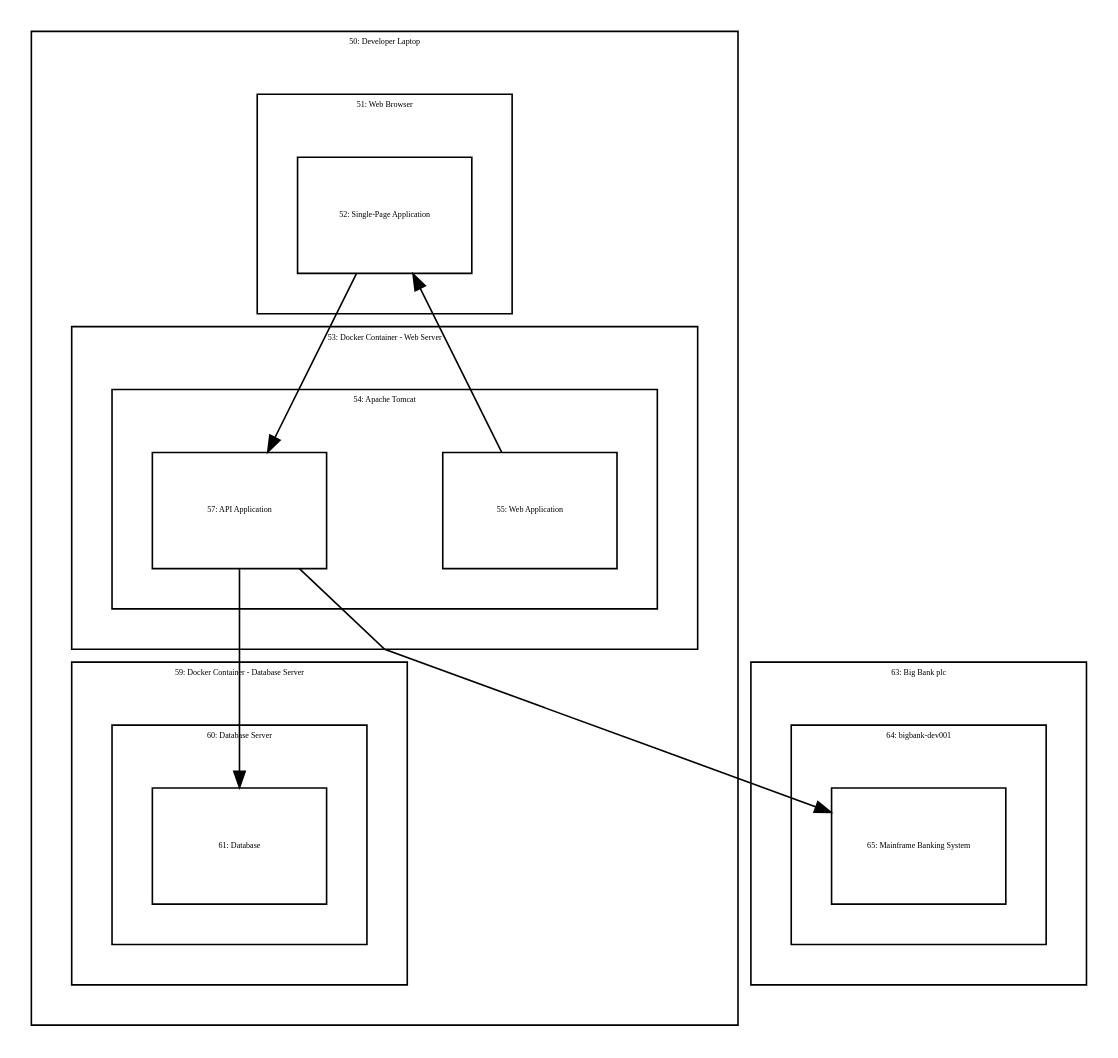
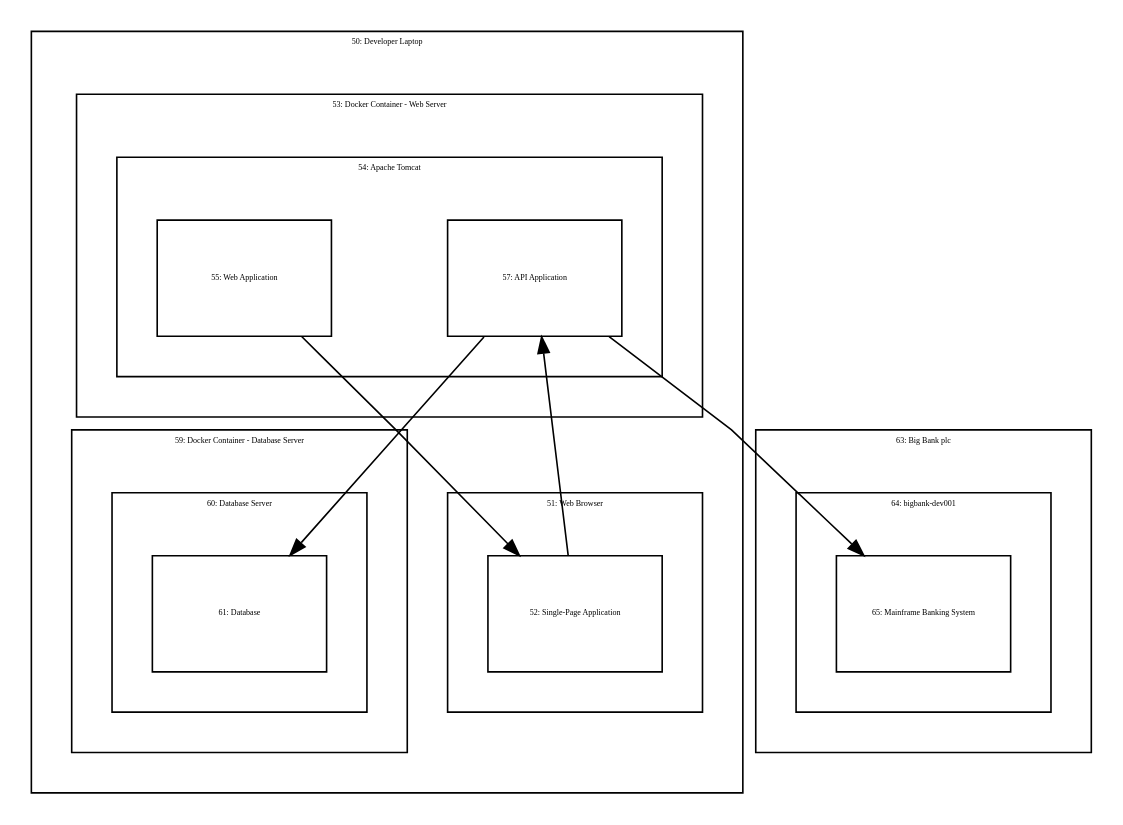
One commit to dwhelan/c4-big-bank-plc changed the diagram in graphviz/DevelopmentDeployment.dot. Above: the diagram before and after it, drawn with Graphviz. The commit also changed other lines of this file and 15 other files, not shown here.

```diff
--- a/graphviz/DevelopmentDeployment.dot
+++ b/graphviz/DevelopmentDeployment.dot
@@ -1,49 +1,49 @@
 digraph {
   compound=true
   graph [splines=polyline,rankdir=TB,ranksep=1.0,nodesep=1.0,fontsize=5]
   node [shape=box,fontsize=5]
   edge []
 
 subgraph cluster_50 {
   margin=25
   label="50: Developer Laptop"
+  subgraph cluster_53 {
+    margin=25
+    label="53: Docker Container - Web Server"
+    subgraph cluster_54 {
+      margin=25
+      label="54: Apache Tomcat"
+      57 [width=1.500000,height=1.000000,fixedsize=true,id=57,label="57: API Application"]
+      55 [width=1.500000,height=1.000000,fixedsize=true,id=55,label="55: Web Application"]
+    }
+  }
   subgraph cluster_51 {
     margin=25
     label="51: Web Browser"
     52 [width=1.500000,height=1.000000,fixedsize=true,id=52,label="52: Single-Page Application"]
   }
   subgraph cluster_59 {
     margin=25
     label="59: Docker Container - Database Server"
     subgraph cluster_60 {
       margin=25
       label="60: Database Server"
       61 [width=1.500000,height=1.000000,fixedsize=true,id=61,label="61: Database"]
-    }
-  }
-  subgraph cluster_53 {
-    margin=25
-    label="53: Docker Container - Web Server"
-    subgraph cluster_54 {
-      margin=25
-      label="54: Apache Tomcat"
-      55 [width=1.500000,height=1.000000,fixedsize=true,id=55,label="55: Web Application"]
-      57 [width=1.500000,height=1.000000,fixedsize=true,id=57,label="57: API Application"]
     }
   }
 }
 subgraph cluster_63 {
   margin=25
   label="63: Big Bank plc"
   subgraph cluster_64 {
     margin=25
     label="64: bigbank-dev001"
     65 [width=1.500000,height=1.000000,fixedsize=true,id=65,label="65: Mainframe Banking System"]
   }
 }
 
   57 -> 61 [id=62]
   55 -> 52 [id=56]
   57 -> 65 [id=66]
   52 -> 57 [id=58]
 }
```
